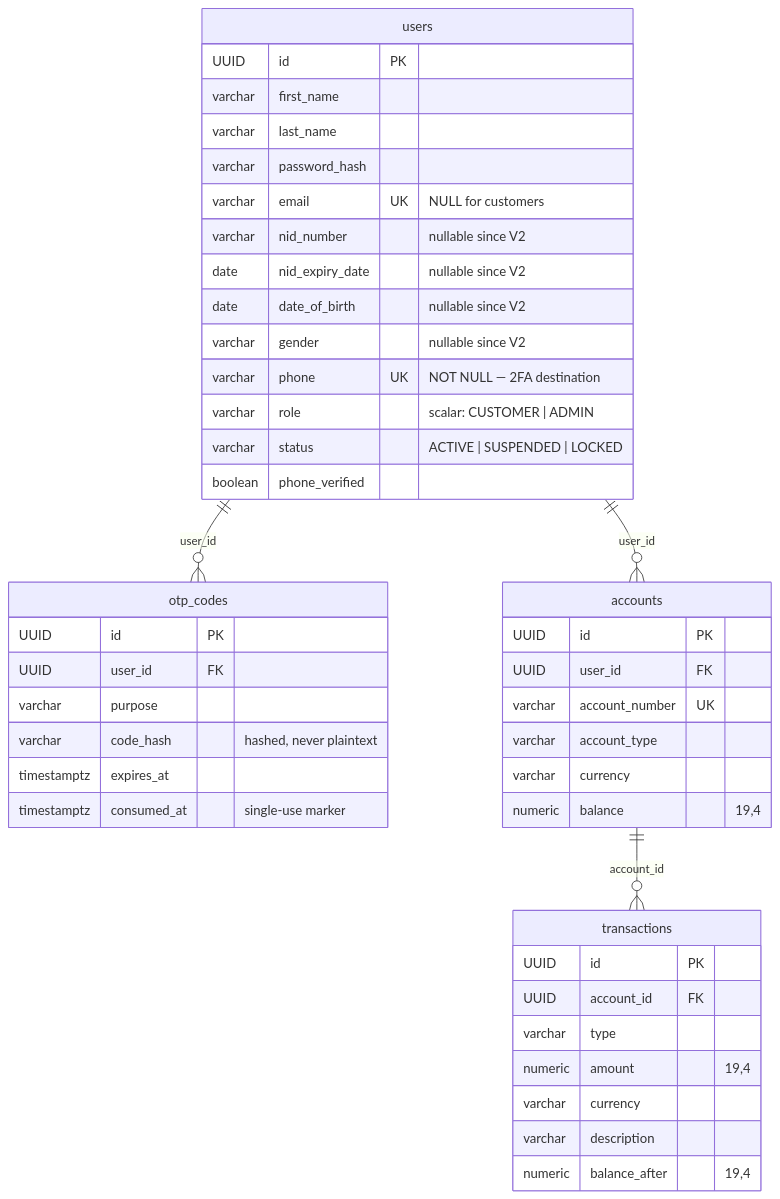
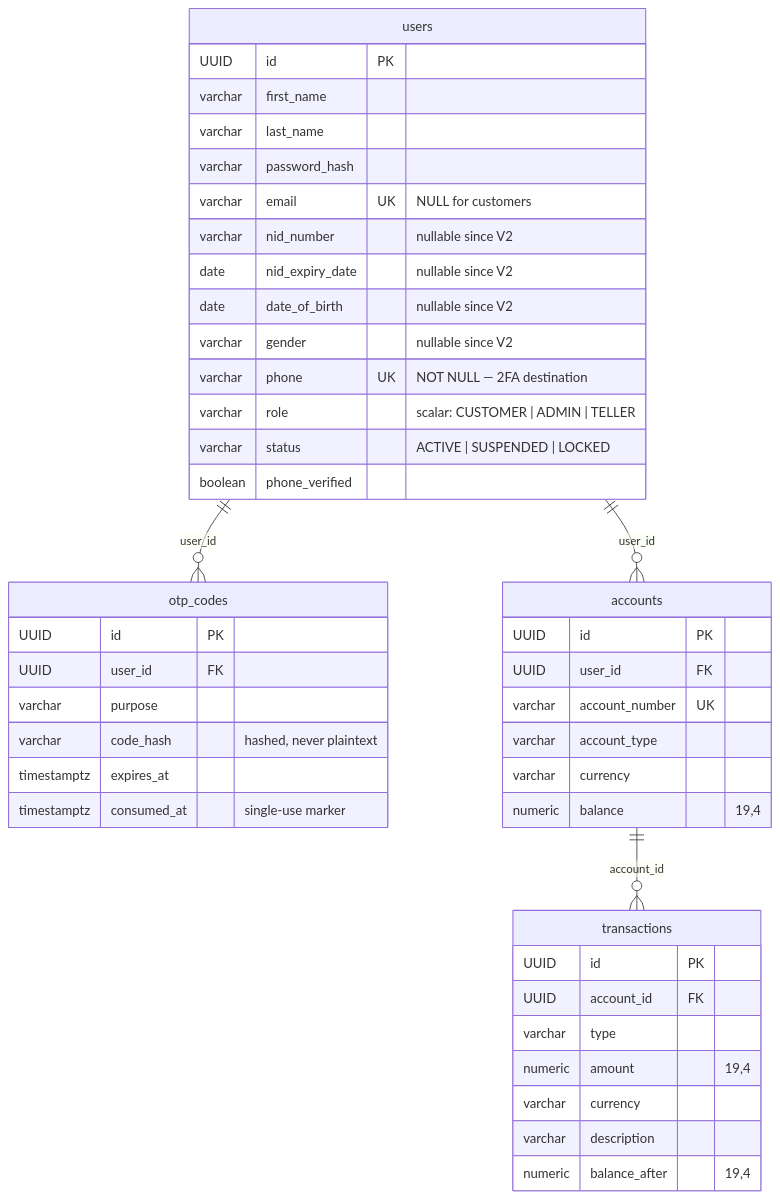
One commit to vichevong1-coder/Online-Banking-System changed the second of 3 diagrams in docs/architecture.md. Above: the diagram before and after it, drawn with Mermaid. The commit also changed other lines of this file and 4 other files, not shown here.

Commit message:
docs: update architecture, README and sprint plan for DevSmsSender and staff roles

````diff
--- a/docs/architecture.md
+++ b/docs/architecture.md
@@ -87,47 +87,47 @@
 ```mermaid
 erDiagram
     users ||--o{ otp_codes : "user_id"
     users ||--o{ accounts : "user_id"
     accounts ||--o{ transactions : "account_id"
 
     users {
         UUID id PK
         varchar first_name
         varchar last_name
         varchar password_hash
         varchar email UK "NULL for customers"
         varchar nid_number "nullable since V2"
         date nid_expiry_date "nullable since V2"
         date date_of_birth "nullable since V2"
         varchar gender "nullable since V2"
         varchar phone UK "NOT NULL — 2FA destination"
-        varchar role "scalar: CUSTOMER | ADMIN"
+        varchar role "scalar: CUSTOMER | ADMIN | TELLER"
         varchar status "ACTIVE | SUSPENDED | LOCKED"
         boolean phone_verified
     }
     otp_codes {
         UUID id PK
         UUID user_id FK
         varchar purpose
         varchar code_hash "hashed, never plaintext"
         timestamptz expires_at
         timestamptz consumed_at "single-use marker"
     }
     accounts {
         UUID id PK
         UUID user_id FK
         varchar account_number UK
         varchar account_type
         varchar currency
         numeric balance "19,4"
     }
     transactions {
         UUID id PK
         UUID account_id FK
         varchar type
         numeric amount "19,4"
         varchar currency
         varchar description
         numeric balance_after "19,4"
     }
 ```
````
